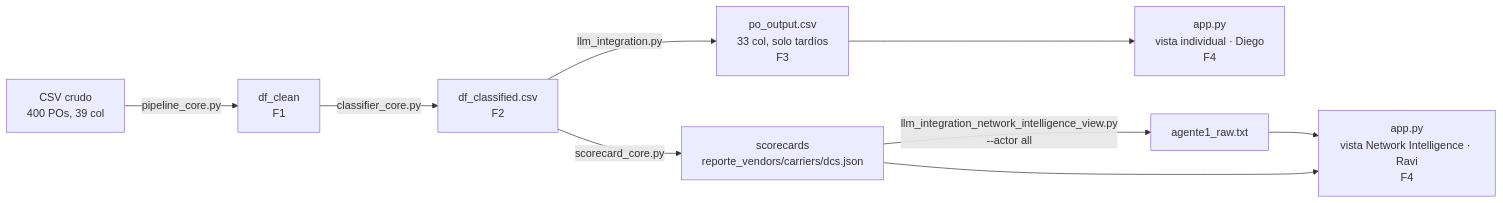
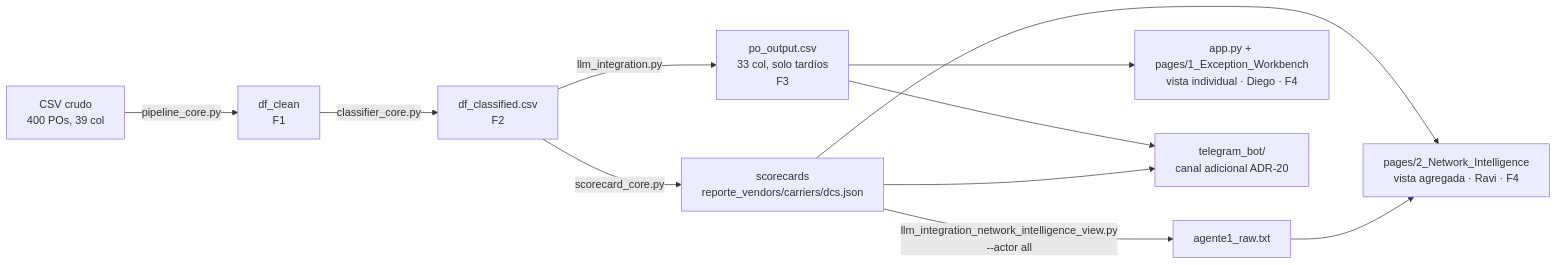
The fourth of 4 diagrams in documentation/explicacion-proyecto.md (CCMarv/po-delay-analyzer), drawn with Mermaid before and after one commit. The commit also changed other lines of this file, not shown here.

````diff
--- a/documentation/explicacion-proyecto.md
+++ b/documentation/explicacion-proyecto.md
@@ -204,11 +631,13 @@
 ```mermaid
 flowchart LR
     A[CSV crudo<br/>400 POs, 39 col] -->|pipeline_core.py| B[df_clean<br/>F1]
     B -->|classifier_core.py| C[df_classified.csv<br/>F2]
     C -->|llm_integration.py| D[po_output.csv<br/>33 col, solo tardíos<br/>F3]
     C -->|scorecard_core.py| E[scorecards<br/>reporte_vendors/carriers/dcs.json]
     E -->|llm_integration_network_intelligence_view.py<br/>--actor all| F[agente1_raw.txt]
-    D --> G[app.py<br/>vista individual · Diego<br/>F4]
-    E --> H[app.py<br/>vista Network Intelligence · Ravi<br/>F4]
+    D --> G["app.py + pages/1_Exception_Workbench<br/>vista individual · Diego · F4"]
+    E --> H["pages/2_Network_Intelligence<br/>vista agregada · Ravi · F4"]
     F --> H
+    D --> I[telegram_bot/<br/>canal adicional ADR-20]
+    E --> I
 ```
````
